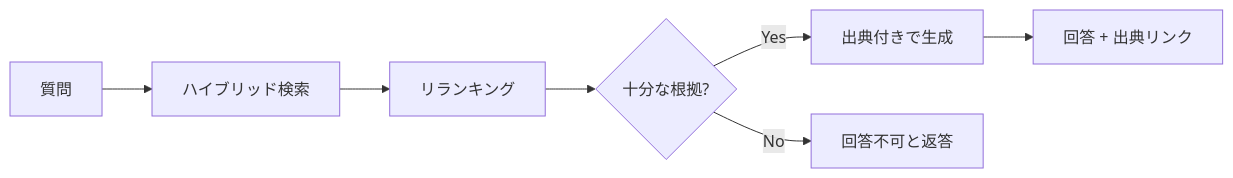
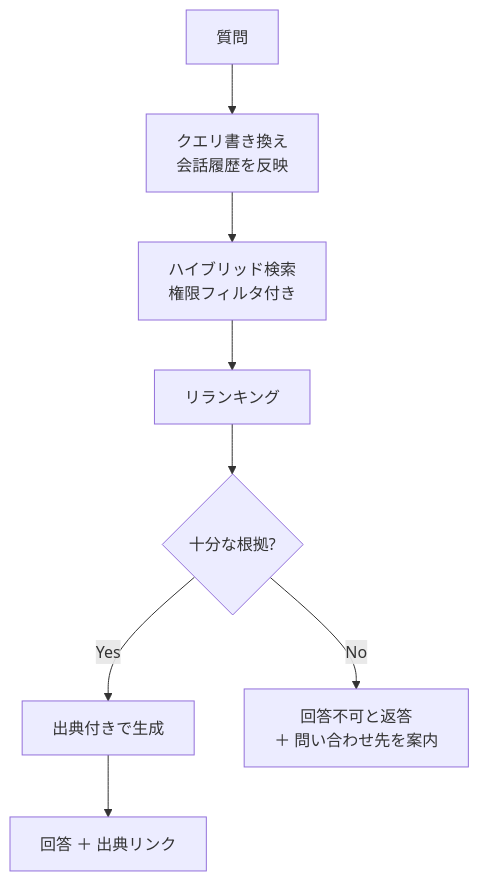
The diagram in src/content/docs/use-cases/knowledge-qa.md (mike-sugimoto/ai-tech-notes), drawn with Mermaid before and after one commit. The commit also changed other lines of this file and 4 other files, not shown here.

````diff
--- a/src/content/docs/use-cases/knowledge-qa.md
+++ b/src/content/docs/use-cases/knowledge-qa.md
@@ -19,9 +21,10 @@
 ```mermaid
-flowchart LR
-    Q[質問] --> RET[ハイブリッド検索]
+flowchart TB
+    Q[質問] --> RW[クエリ書き換え<br/>会話履歴を反映]
+    RW --> RET[ハイブリッド検索<br/>権限フィルタ付き]
     RET --> RR[リランキング]
     RR --> CHK{十分な根拠?}
     CHK -->|Yes| GEN[出典付きで生成]
-    CHK -->|No| NA[回答不可と返答]
-    GEN --> ANS[回答 + 出典リンク]
+    CHK -->|No| NA[回答不可と返答<br/>＋ 問い合わせ先を案内]
+    GEN --> ANS[回答 ＋ 出典リンク]
 ```
````
